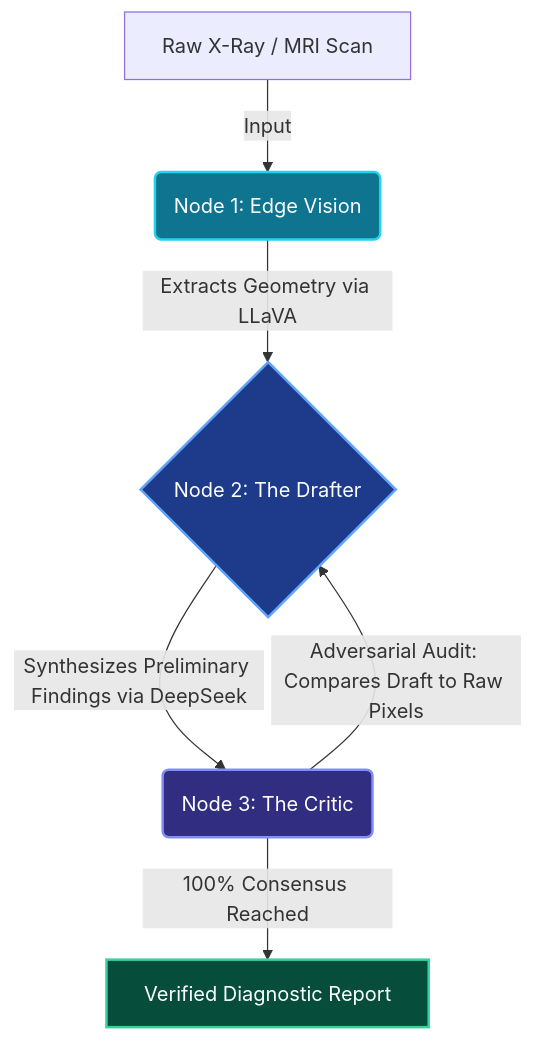
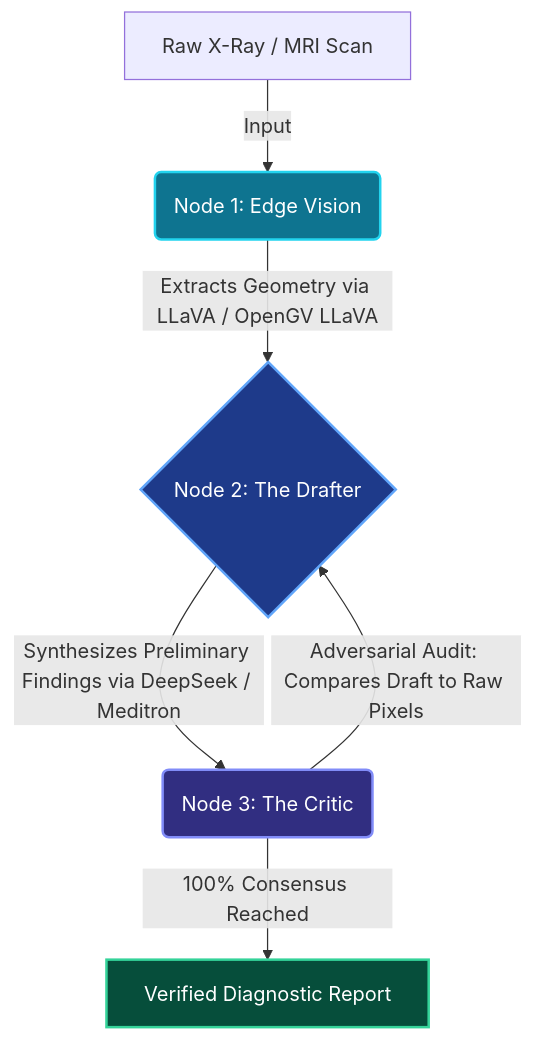
The diagram in README.md (Moiz2003/project-hyperion), drawn with Mermaid before and after one commit. The commit also changed other lines of this file, not shown here.

````diff
--- a/README.md
+++ b/README.md
@@ -34,18 +34,18 @@
 ```mermaid
 graph TD
     A[Raw X-Ray / MRI Scan] -->|Input| B(Node 1: Edge Vision)
-    B -->|Extracts Geometry via LLaVA| C{Node 2: The Drafter}
-    C -->|Synthesizes Preliminary Findings via DeepSeek| D(Node 3: The Critic)
+    B -->|Extracts Geometry via LLaVA / OpenGV LLaVA| C{Node 2: The Drafter}
+    C -->|Synthesizes Preliminary Findings via DeepSeek / Meditron| D(Node 3: The Critic)
     D -->|Adversarial Audit: Compares Draft to Raw Pixels| C
     D -->|100% Consensus Reached| E[Verified Diagnostic Report]
     
     classDef vision fill:#0e7490,stroke:#22d3ee,stroke-width:2px,color:#fff
     classDef drafter fill:#1e3a8a,stroke:#60a5fa,stroke-width:2px,color:#fff
     classDef critic fill:#312e81,stroke:#818cf8,stroke-width:2px,color:#fff
     classDef output fill:#064e3b,stroke:#34d399,stroke-width:2px,color:#fff
     
     class B vision
     class C drafter
     class D critic
     class E output
 ```
````
